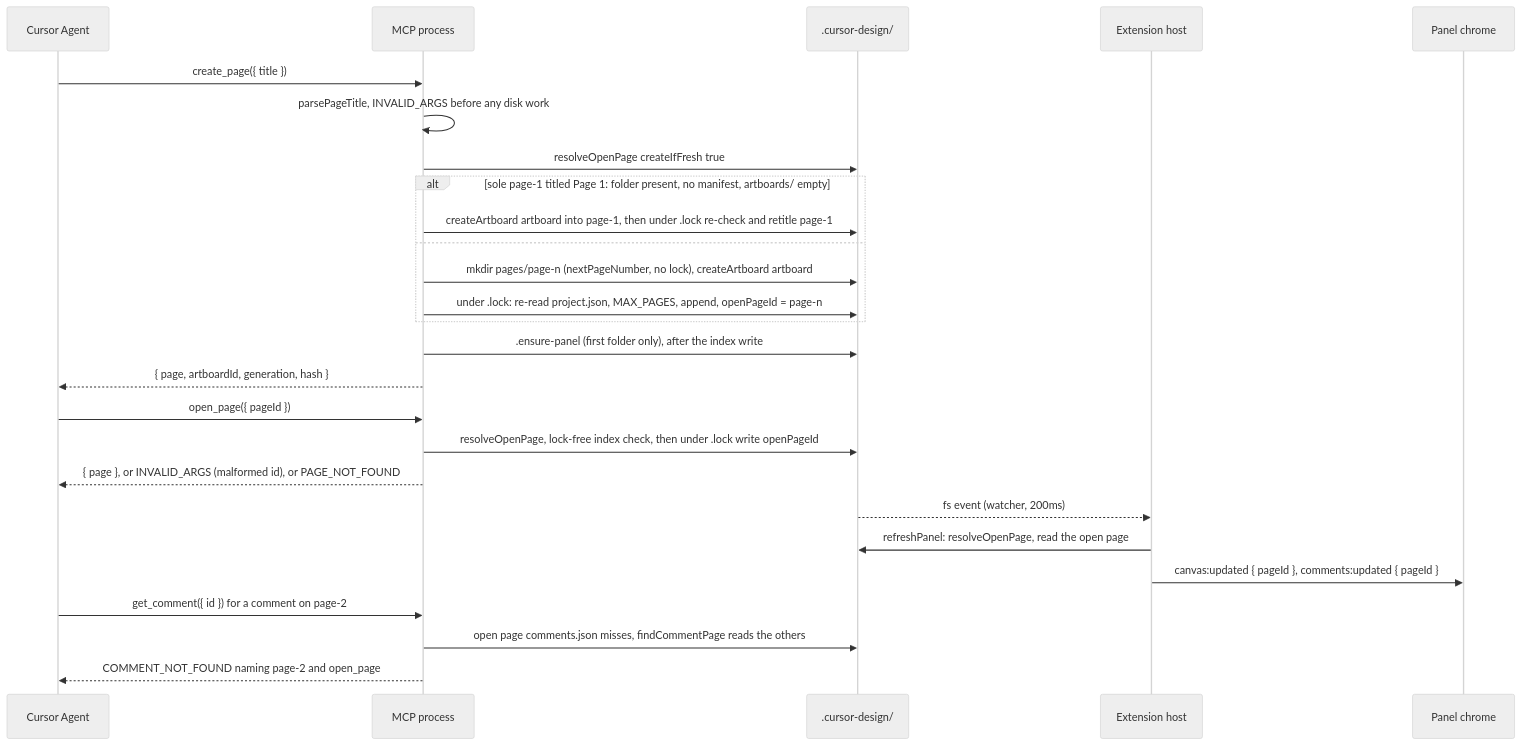
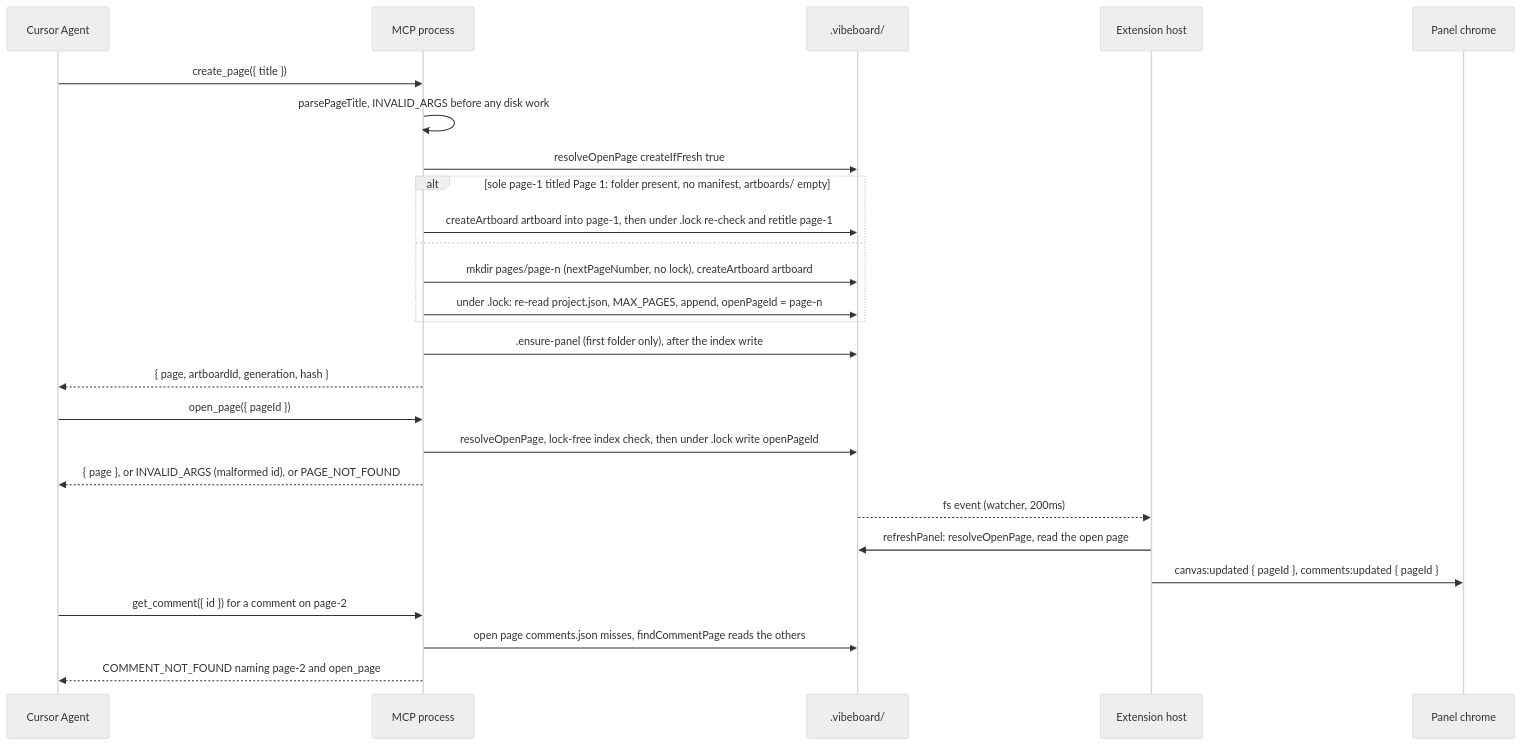
One commit to MarekBombera/cursor-design-extension changed the third of 18 diagrams in blueprint/context/system-map.md. Above: the diagram before and after it, drawn with Mermaid (neutral theme). The commit also changed other lines of this file and 100 other files, not shown here.

First line of the commit message:
chore: rename cursor-design to vibeboard

````diff
--- a/blueprint/context/system-map.md
+++ b/blueprint/context/system-map.md
@@ -182,28 +184,28 @@
 ```mermaid
 sequenceDiagram
   participant A as Cursor Agent
   participant M as MCP process
-  participant D as .cursor-design/
+  participant D as .vibeboard/
   participant H as Extension host
   participant C as Panel chrome
   A->>M: create_page({ title })
   M->>M: parsePageTitle, INVALID_ARGS before any disk work
   M->>D: resolveOpenPage createIfFresh true
   alt sole page-1 titled Page 1: folder present, no manifest, artboards/ empty
     M->>D: createArtboard artboard into page-1, then under .lock re-check and retitle page-1
   else
     M->>D: mkdir pages/page-n (nextPageNumber, no lock), createArtboard artboard
     M->>D: under .lock: re-read project.json, MAX_PAGES, append, openPageId = page-n
   end
   M->>D: .ensure-panel (first folder only), after the index write
   M-->>A: { page, artboardId, generation, hash }
   A->>M: open_page({ pageId })
   M->>D: resolveOpenPage, lock-free index check, then under .lock write openPageId
   M-->>A: { page }, or INVALID_ARGS (malformed id), or PAGE_NOT_FOUND
   D-->>H: fs event (watcher, 200ms)
   H->>D: refreshPanel: resolveOpenPage, read the open page
   H->>C: canvas:updated { pageId }, comments:updated { pageId }
   A->>M: get_comment({ id }) for a comment on page-2
   M->>D: open page comments.json misses, findCommentPage reads the others
   M-->>A: COMMENT_NOT_FOUND naming page-2 and open_page
 ```
````
